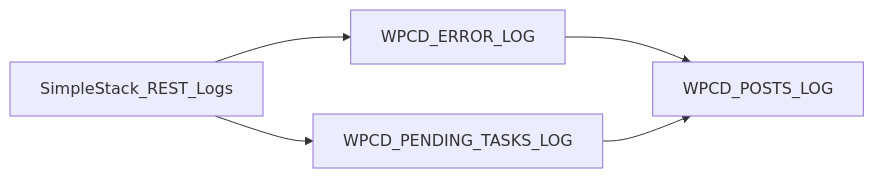
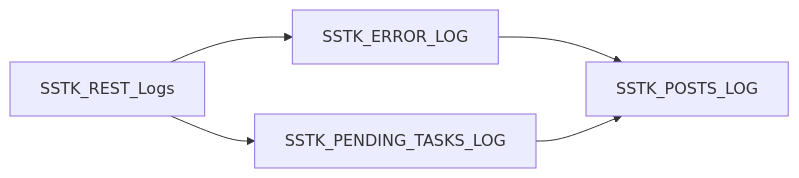
The seventh of 7 diagrams in .qoder/repowiki/en/content/Logging & Monitoring/Error Tracking & Debugging.md (onedogsolutions/simple-stack), drawn with Mermaid before and after one commit. The commit also changed other lines of this file and 5941 other files, not shown here.

First line of the commit message:
refactor(core): rebrand WPCloudDeploy to Simple Stack with new namespaces and prefixes

````diff
--- a/.qoder/repowiki/en/content/Logging & Monitoring/Error Tracking & Debugging.md
+++ b/.qoder/repowiki/en/content/Logging & Monitoring/Error Tracking & Debugging.md
@@ -319,7 +319,7 @@
 ```mermaid
 graph LR
-ErrorLog["WPCD_ERROR_LOG"] --> BaseLog["WPCD_POSTS_LOG"]
-PendingTasks["WPCD_PENDING_TASKS_LOG"] --> BaseLog
-RestLogs["SimpleStack_REST_Logs"] --> ErrorLog
+ErrorLog["SSTK_ERROR_LOG"] --> BaseLog["SSTK_POSTS_LOG"]
+PendingTasks["SSTK_PENDING_TASKS_LOG"] --> BaseLog
+RestLogs["SSTK_REST_Logs"] --> ErrorLog
 RestLogs --> PendingTasks
 ```
````
